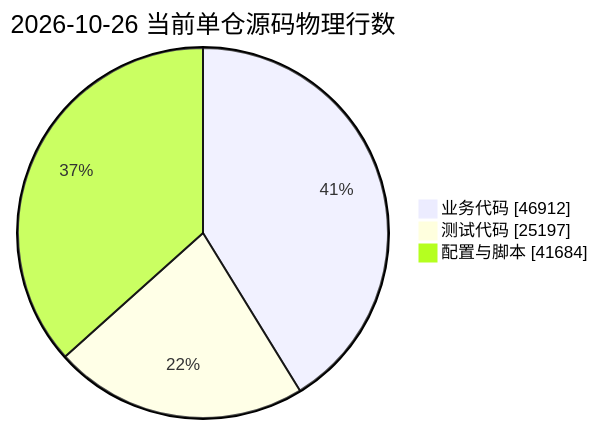
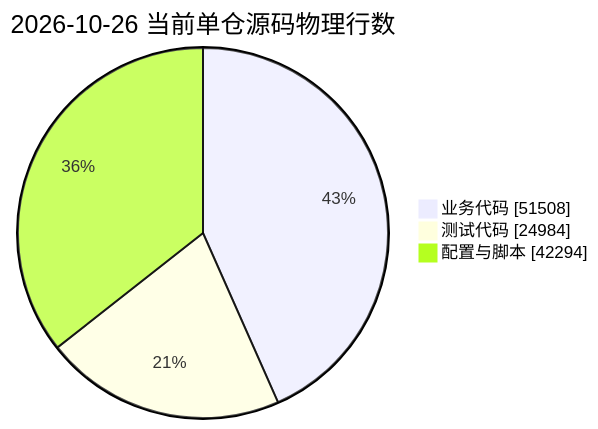
The third of 3 diagrams in README.md (JobsKits/MacOS_Extension), drawn with Mermaid before and after one commit. The commit also changed other lines of this file and 99 other files, not shown here.

````diff
--- a/README.md
+++ b/README.md
@@ -496,7 +502,7 @@
 ```mermaid
 pie showData
     title 2026-10-26 当前单仓源码物理行数
-    "业务代码" : 46912
-    "测试代码" : 25197
-    "配置与脚本" : 41684
+    "业务代码" : 51508
+    "测试代码" : 24984
+    "配置与脚本" : 42294
 ```
````
